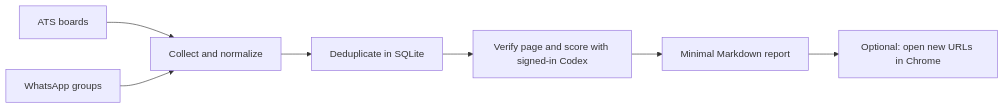
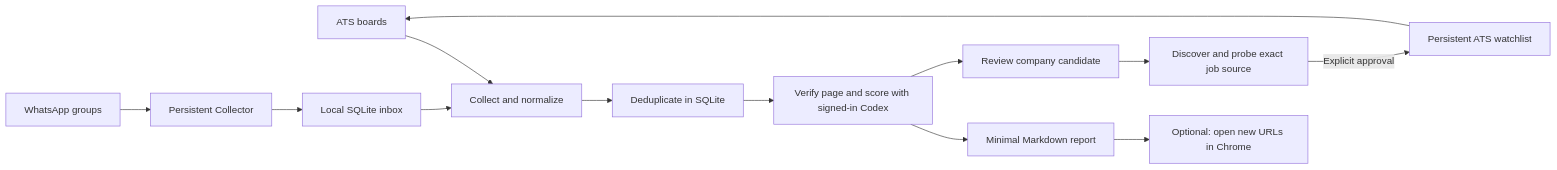
Before and after one commit to amirge118/jobops: the diagram in README.md, drawn with Mermaid. The commit also changed other lines of this file and 84 other files, not shown here.

````diff
--- a/README.md
+++ b/README.md
@@ -44,9 +57,15 @@
 ```mermaid
 flowchart LR
     A["ATS boards"] --> C["Collect and normalize"]
-    B["WhatsApp groups"] --> C
+    B["WhatsApp groups"] --> W["Persistent Collector"]
+    W --> Q["Local SQLite inbox"]
+    Q --> C
     C --> D["Deduplicate in SQLite"]
     D --> E["Verify page and score with signed-in Codex"]
     E --> F["Minimal Markdown report"]
     F --> G["Optional: open new URLs in Chrome"]
+    E --> H["Review company candidate"]
+    H --> R["Discover and probe exact job source"]
+    R -->|"Explicit approval"| I["Persistent ATS watchlist"]
+    I --> A
 ```
````
